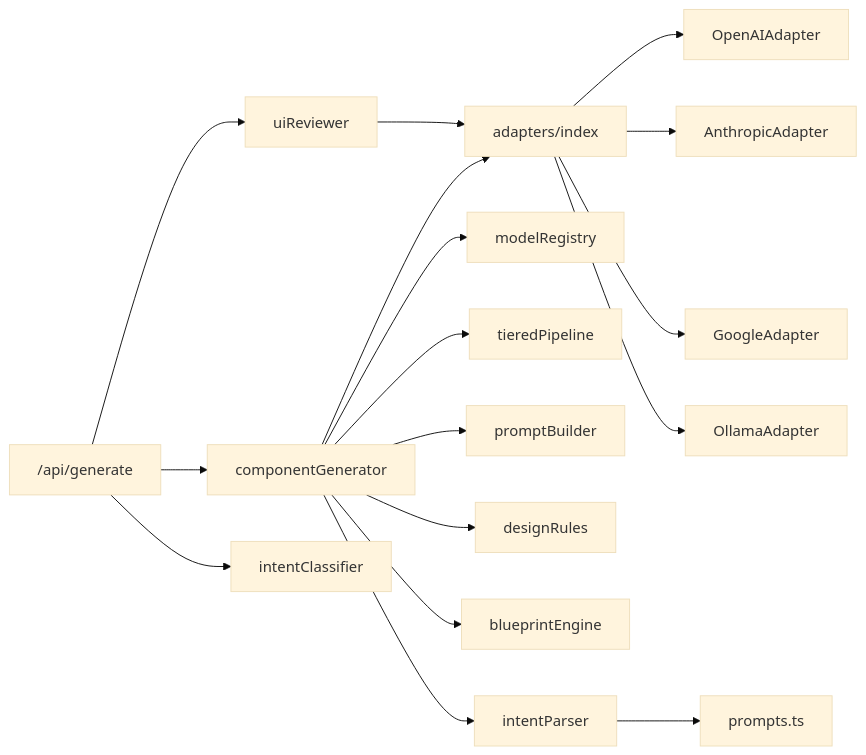
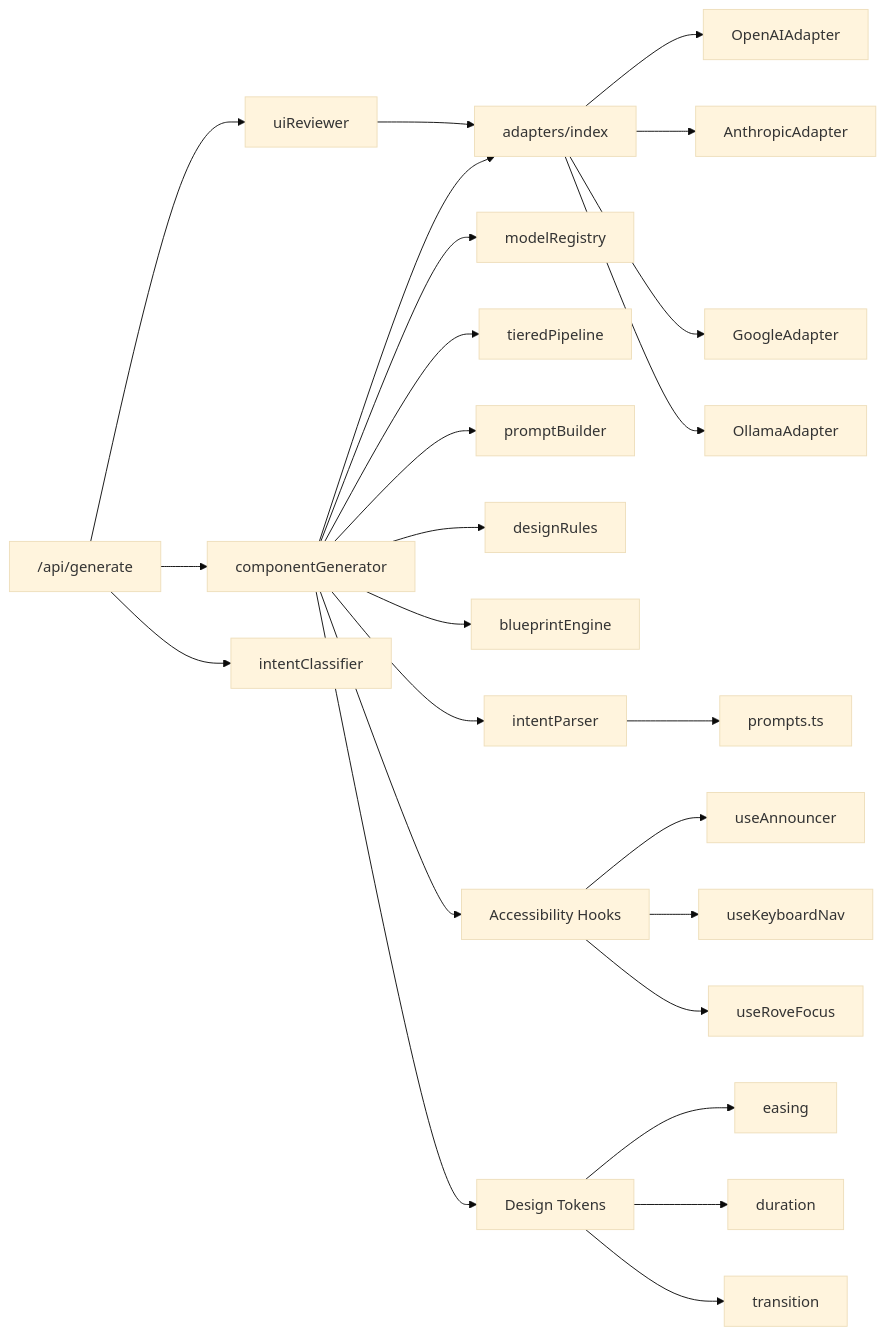
Before and after one commit to shekhargiri005-dotcom/AI-powered-accessibility-first-UI-engine: diagram 11 of 11 in .qoder/repowiki/en/content/AI Generation Engine/AI Generation Engine.md, drawn with Mermaid (base theme). The commit also changed other lines of this file and 24 other files, not shown here.

````diff
--- a/.qoder/repowiki/en/content/AI Generation Engine/AI Generation Engine.md
+++ b/.qoder/repowiki/en/content/AI Generation Engine/AI Generation Engine.md
@@ -505,19 +620,27 @@
 ```mermaid
 graph LR
 GenRoute["/api/generate"] --> CG["componentGenerator"]
 GenRoute --> UR["uiReviewer"]
 GenRoute --> IC["intentClassifier"]
 CG --> ADI["adapters/index"]
 UR --> ADI
 CG --> MR["modelRegistry"]
 CG --> TP["tieredPipeline"]
 CG --> PB["promptBuilder"]
 CG --> DE["designRules"]
 CG --> BE["blueprintEngine"]
 CG --> IP["intentParser"]
+CG --> AH["Accessibility Hooks"]
+CG --> DT["Design Tokens"]
 IP --> PR["prompts.ts"]
 ADI --> OAI["OpenAIAdapter"]
 ADI --> AN["AnthropicAdapter"]
 ADI --> GG["GoogleAdapter"]
 ADI --> OL["OllamaAdapter"]
+AH --> UA["useAnnouncer"]
+AH --> UKN["useKeyboardNav"]
+AH --> URF["useRoveFocus"]
+DT --> EAS["easing"]
+DT --> DUR["duration"]
+DT --> TRANS["transition"]
 ```
````
